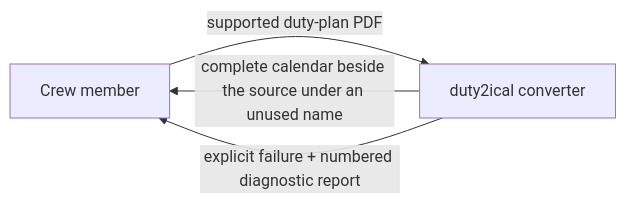
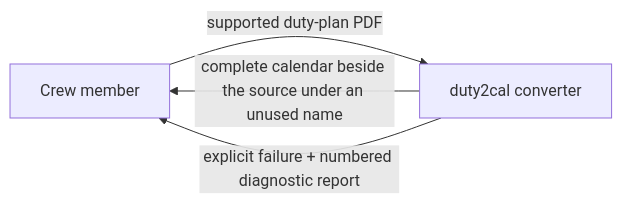
Before and after one commit to duty2cal/duty2cal: the first of 2 diagrams in docs/arc42/03-context-and-scope.md, drawn with Mermaid. The commit also changed other lines of this file and 49 other files, not shown here.

````diff
--- a/docs/arc42/03-context-and-scope.md
+++ b/docs/arc42/03-context-and-scope.md
@@ -7,6 +7,6 @@
 ```mermaid
 flowchart LR
-  crew["Crew member"] -->|"supported duty-plan PDF"| conv["duty2ical converter"]
+  crew["Crew member"] -->|"supported duty-plan PDF"| conv["duty2cal converter"]
   conv -->|"complete calendar beside the source under an unused name"| crew
   conv -->|"explicit failure + numbered diagnostic report"| crew
 ```
````
